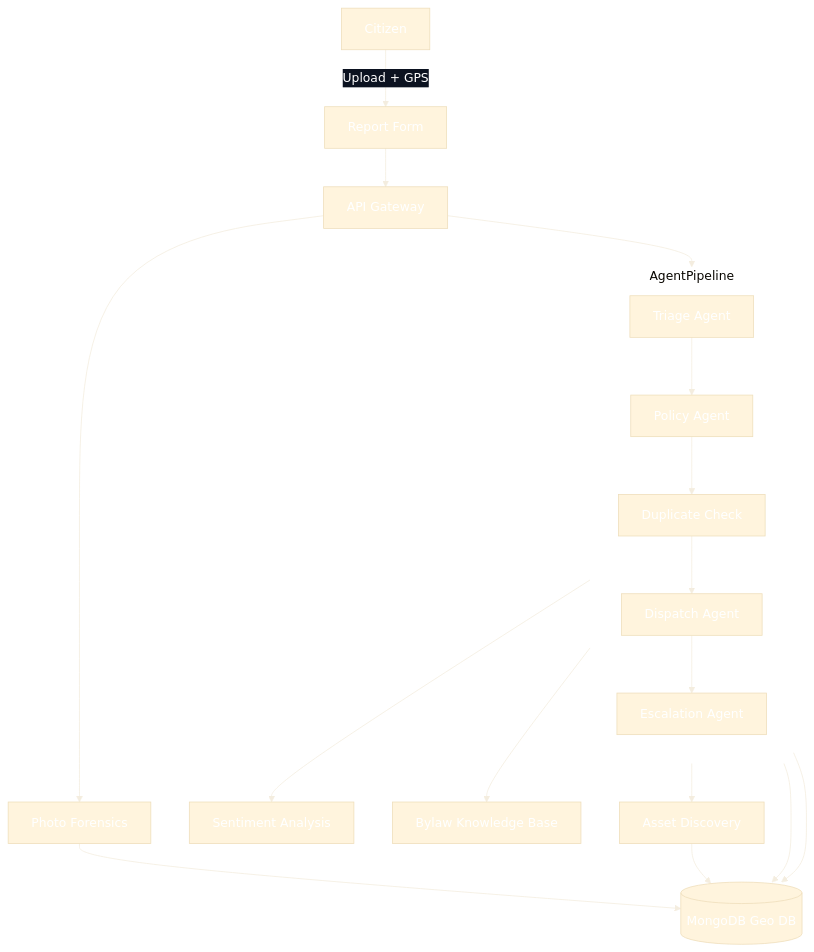
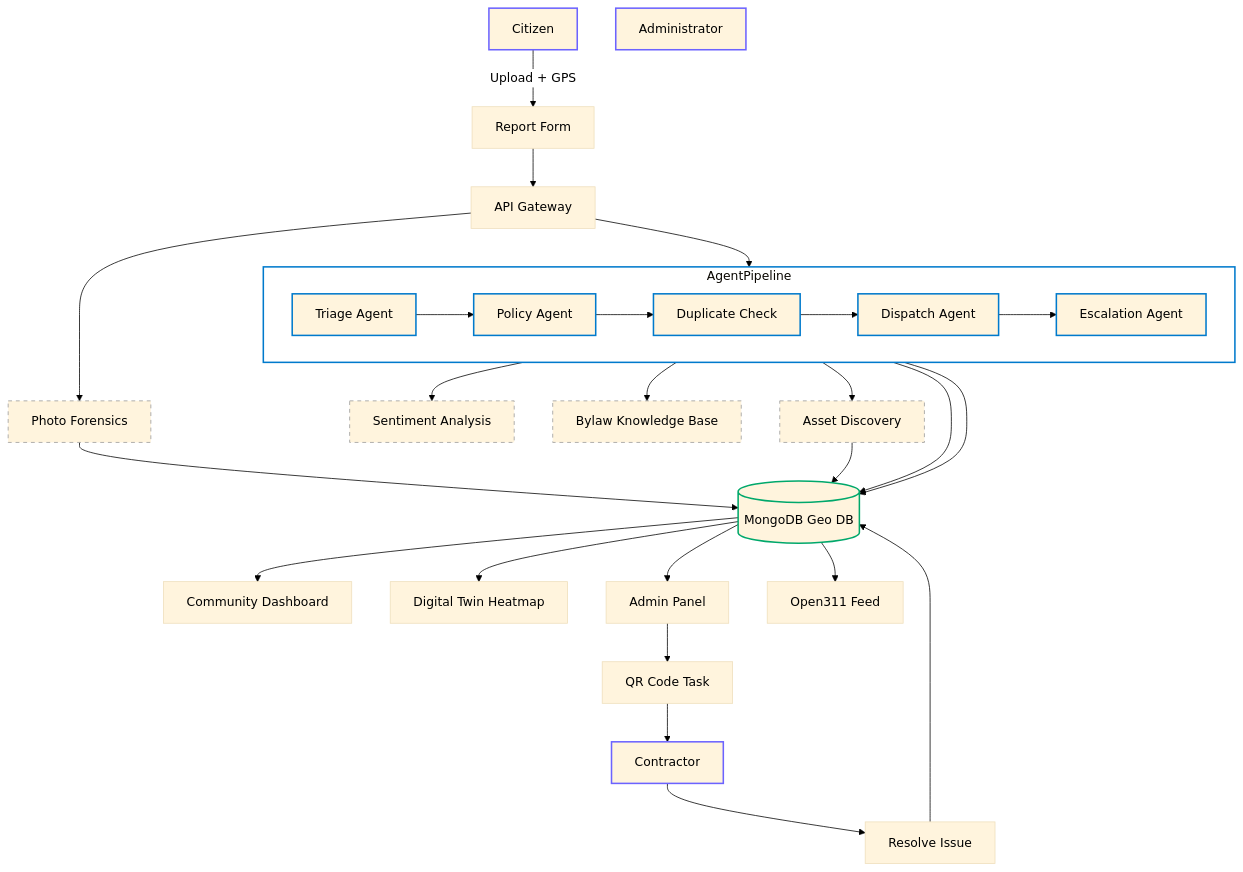
Before and after one commit to Ytrrs-CraftVerse/CityCare: the diagram in README.md, drawn with Mermaid.

Commit message:
Revise diagram styles in README

````diff
--- a/README.md
+++ b/README.md
@@ -90,41 +90,73 @@
 ```mermaid
 %%{init: {'theme': 'base', 'themeVariables': { 
-'background': '#0b1220',
-'primaryTextColor': '#ffffff',
-'edgeLabelBackground': '#0b1220'
+'background': '#ffffff',
+'primaryTextColor': '#000000',
+'edgeLabelBackground': '#ffffff'
 }}}%%
 
 graph TD
 
+%% USERS
+Citizen[Citizen]
+Contractor[Contractor]
+Admin[Administrator]
+
+%% INPUT
 Citizen -->|Upload + GPS| ReportForm[Report Form]
 ReportForm --> Backend[API Gateway]
 
+%% AGENT PIPELINE
 subgraph AgentPipeline
-direction TB
+direction LR
 Triage[Triage Agent]
 Policy[Policy Agent]
 Duplicate[Duplicate Check]
 Dispatch[Dispatch Agent]
 Escalation[Escalation Agent]
 
 Triage --> Policy --> Duplicate --> Dispatch --> Escalation
 end
 
 Backend --> Triage
 
-%% Remove that ugly grey box
-style AgentPipeline fill:transparent,stroke-width:0px
-
-%% Support
+%% SUPPORT
 Triage --> Sentiment[Sentiment Analysis]
 Policy --> Knowledge[Bylaw Knowledge Base]
 Backend --> Forensics[Photo Forensics]
 Dispatch --> Assets[Asset Discovery]
 
-%% DB
+%% DATABASE
 DB[(MongoDB Geo DB)]
+
 Triage --> DB
 Duplicate --> DB
 Forensics --> DB
 Assets --> DB
+
+%% OUTPUT
+DB --> Dashboard[Community Dashboard]
+DB --> Heatmap[Digital Twin Heatmap]
+DB --> AdminPanel[Admin Panel]
+
+%% GOVERNANCE
+AdminPanel --> QR[QR Code Task]
+QR --> Contractor
+Contractor --> Resolution[Resolve Issue]
+Resolution --> DB
+
+%% EXTERNAL
+DB --> Open311[Open311 Feed]
+
+%% STYLING
+classDef user stroke:#6c63ff,stroke-width:2px;
+classDef db stroke:#00a86b,stroke-width:2px;
+classDef core stroke:#007acc,stroke-width:2px;
+classDef support stroke:#999,stroke-dasharray: 5 5;
+
+class Citizen,Contractor,Admin user;
+class DB db;
+class Triage,Policy,Duplicate,Dispatch,Escalation core;
+class Sentiment,Knowledge,Forensics,Assets support;
+
+style AgentPipeline fill:#ffffff,stroke:#007acc,stroke-width:2px
 ```
````
